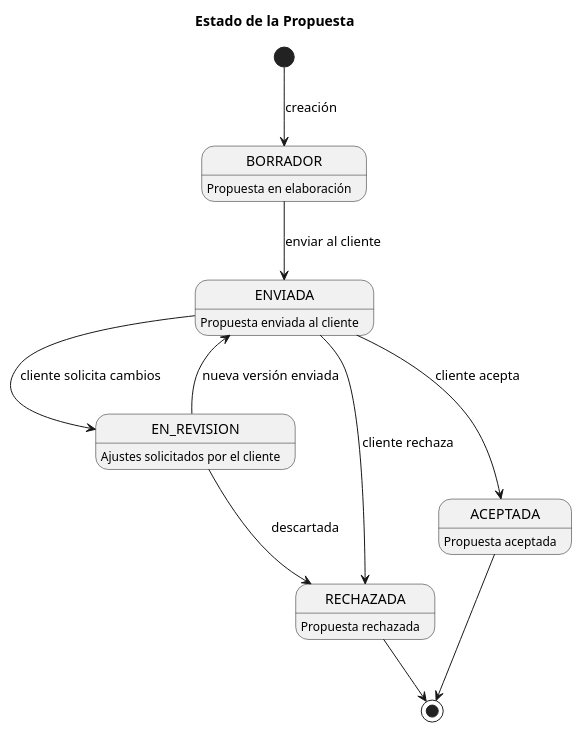
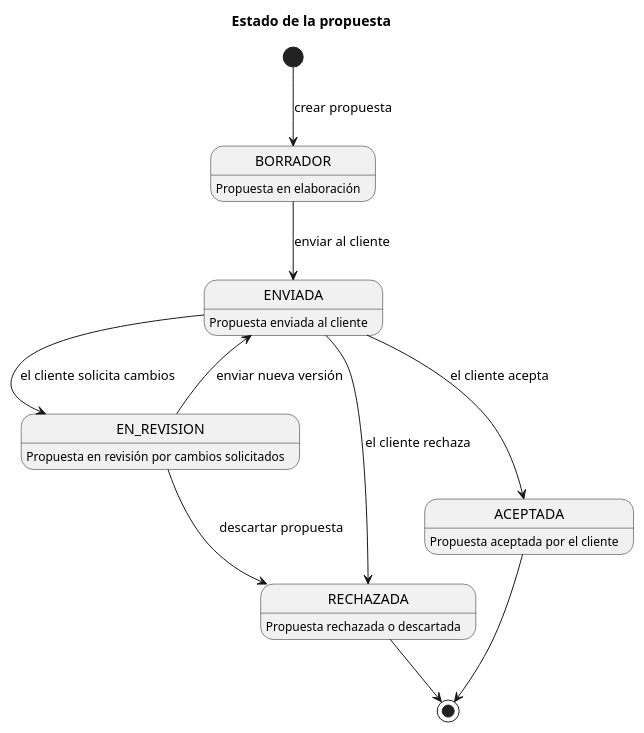
Before and after one commit to BrendaLopes/TFG-CRM-BROOKS: the diagram in docs/diagramas/estados/propuesta.puml, drawn with PlantUML. The commit also changed 5 other files, not shown here.

```diff
--- a/docs/diagramas/estados/propuesta.puml
+++ b/docs/diagramas/estados/propuesta.puml
@@ -1,24 +1,24 @@
 @startuml
-title Estado de la Propuesta
+title Estado de la propuesta
 
-[*] --> BORRADOR : creación
+[*] --> BORRADOR : crear propuesta
 
 BORRADOR --> ENVIADA : enviar al cliente
 
-ENVIADA --> EN_REVISION : cliente solicita cambios
-ENVIADA --> ACEPTADA : cliente acepta
-ENVIADA --> RECHAZADA : cliente rechaza
+ENVIADA --> EN_REVISION : el cliente solicita cambios
+ENVIADA --> ACEPTADA : el cliente acepta
+ENVIADA --> RECHAZADA : el cliente rechaza
 
-EN_REVISION --> ENVIADA : nueva versión enviada
-EN_REVISION --> RECHAZADA : descartada
+EN_REVISION --> ENVIADA : enviar nueva versión
+EN_REVISION --> RECHAZADA : descartar propuesta
 
 ACEPTADA --> [*]
 RECHAZADA --> [*]
 
 BORRADOR : Propuesta en elaboración
 ENVIADA : Propuesta enviada al cliente
-EN_REVISION : Ajustes solicitados por el cliente
-ACEPTADA : Propuesta aceptada
-RECHAZADA : Propuesta rechazada
+EN_REVISION : Propuesta en revisión por cambios solicitados
+ACEPTADA : Propuesta aceptada por el cliente
+RECHAZADA : Propuesta rechazada o descartada
 
 @enduml
```
